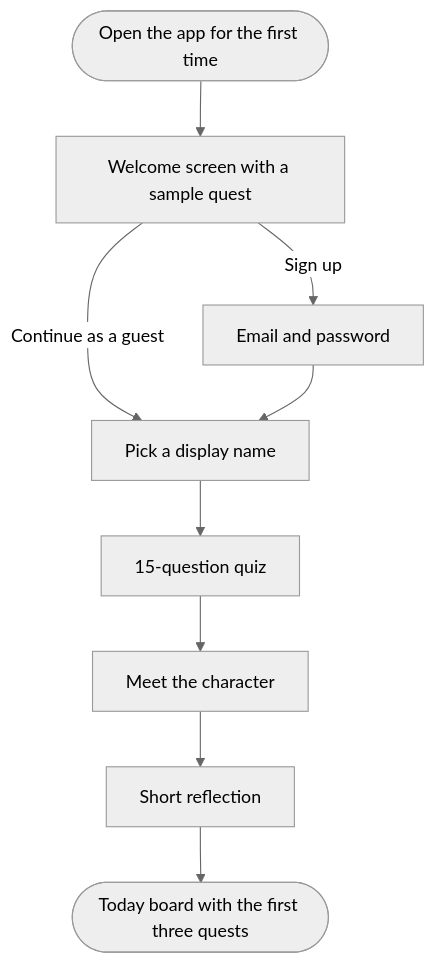
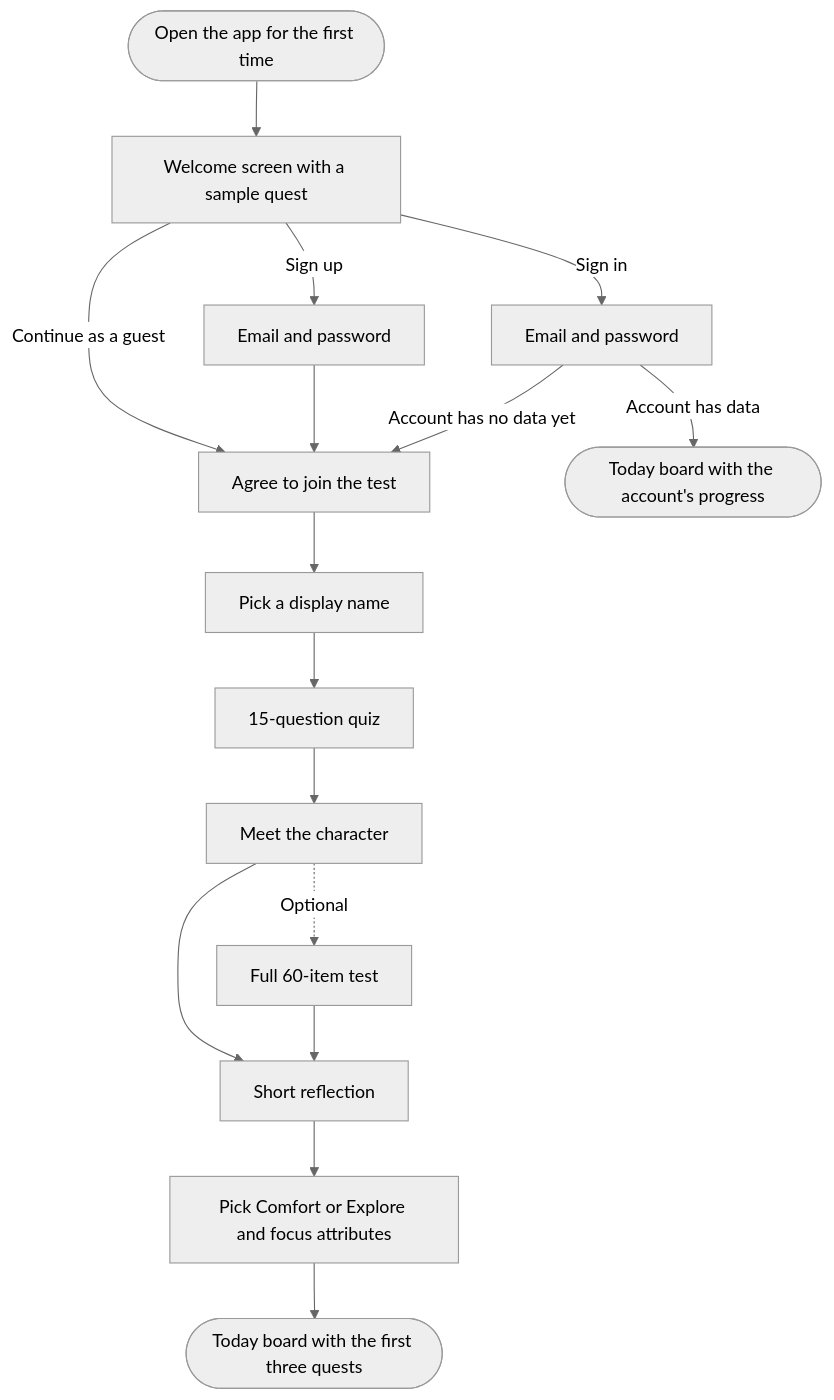
Before and after one commit to Tara-Y-ops/Me-online: the first of 3 diagrams in docs/user-flows.md, drawn with Mermaid. The commit also changed other lines of this file, not shown here.

Commit message:
docs: update user flows to match the current app

````diff
--- a/docs/user-flows.md
+++ b/docs/user-flows.md
@@ -13,12 +13,19 @@
 ```mermaid
 %%{init: {'theme': 'neutral'}}%%
 flowchart TD
     A([Open the app for the first time]) --> B[Welcome screen with a sample quest]
     B -->|Sign up| S[Email and password]
-    B -->|Continue as a guest| C[Pick a display name]
-    S --> C
+    B -->|Continue as a guest| K[Agree to join the test]
+    B -->|Sign in| L[Email and password]
+    S --> K
+    L -->|Account has data| T([Today board with the account's progress])
+    L -->|Account has no data yet| K
+    K --> C[Pick a display name]
     C --> D[15-question quiz]
     D --> E[Meet the character]
+    E -.->|Optional| X[Full 60-item test]
     E --> G[Short reflection]
-    G --> F([Today board with the first three quests])
+    X --> G
+    G --> H[Pick Comfort or Explore and focus attributes]
+    H --> F([Today board with the first three quests])
 ```
````
